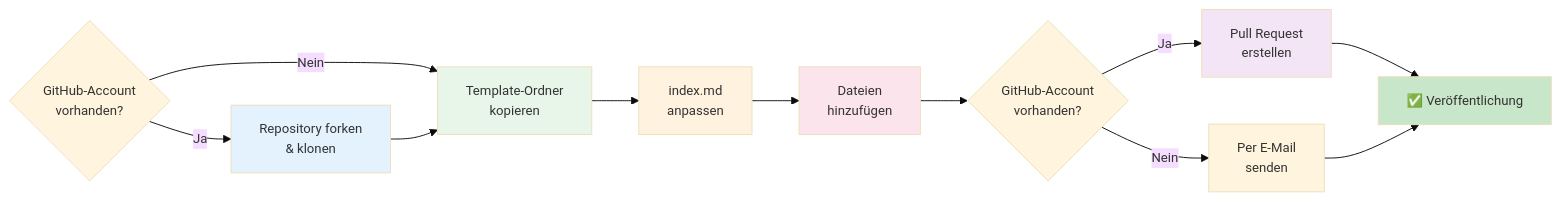
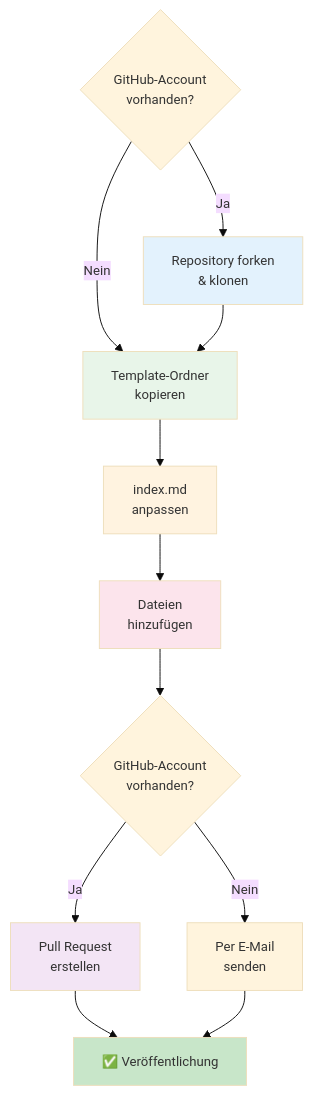
The diagram in README.md (th-koeln/mi-bachelor-abschlussarbeiten), drawn with Mermaid before and after one commit.

Commit message:
Update README with submission instructions

````diff
--- a/README.md
+++ b/README.md
@@ -9,21 +9,21 @@
 ```mermaid
 %%{init: {'theme':'base', 'themeVariables': { 'fontSize':'14px'}}}%%
-flowchart LR
+flowchart
     A{GitHub-Account<br/>vorhanden?} --> |Ja| B[Repository forken<br/>& klonen]
     A -->|Nein| C[Template-Ordner<br/>kopieren]
     B --> C
     C --> D[index.md<br/>anpassen]
     D --> E[Dateien<br/>hinzufügen]
     E --> F{GitHub-Account<br/>vorhanden?}
     F -->|Ja| G[Pull Request<br/>erstellen]
     F -->|Nein| H[Per E-Mail<br/>senden]
     G --> I[✅ Veröffentlichung]
     H --> I
     
     style B fill:#e3f2fd
     style C fill:#e8f5e9
     style D fill:#fff3e0
     style E fill:#fce4ec
     style G fill:#f3e5f5
     style I fill:#c8e6c9
 ```
````
